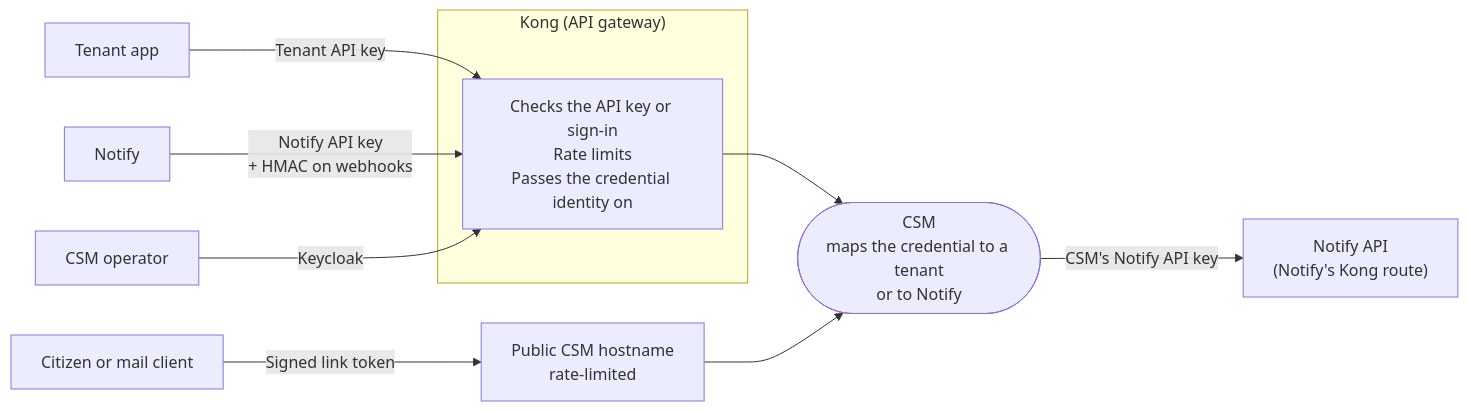
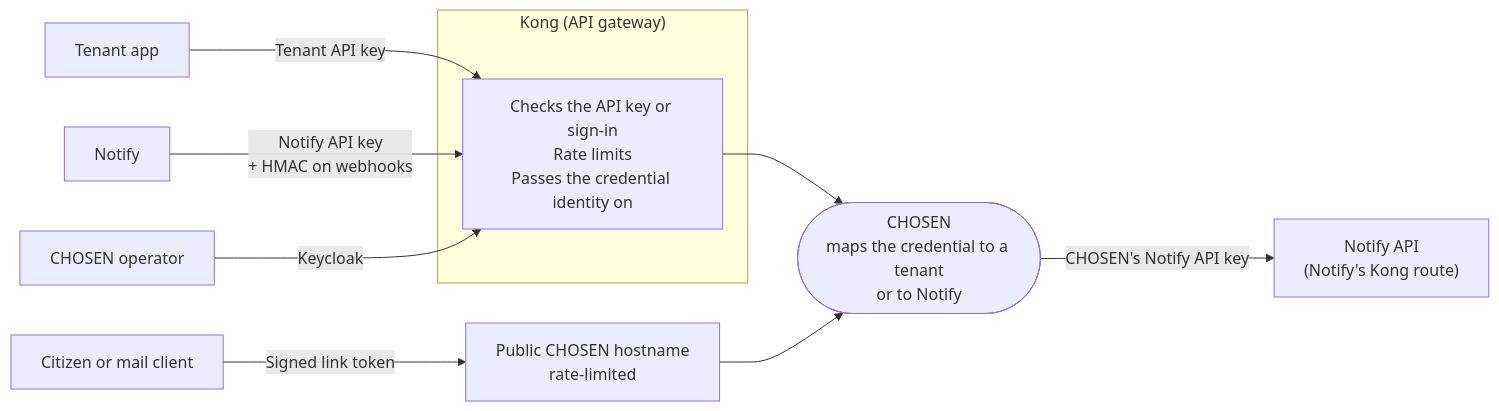
The seventh of 7 diagrams in README.md (bcgov/common-subscription-manager), drawn with Mermaid before and after one commit. The commit also changed other lines of this file and 9 other files, not shown here.

````diff
--- a/README.md
+++ b/README.md
@@ -283,24 +283,24 @@
 ```mermaid
 flowchart LR
     lob["Tenant app"]
     notify["Notify"]
     citizen["Citizen or mail client"]
-    op["CSM operator"]
+    op["CHOSEN operator"]
 
     subgraph Gateway["Kong (API gateway)"]
         kong["Checks the API key or sign-in<br/>Rate limits<br/>Passes the credential identity on"]
     end
 
-    csm(["CSM<br/>maps the credential to a tenant<br/>or to Notify"])
-    pub["Public CSM hostname<br/>rate-limited"]
+    chosen(["CHOSEN<br/>maps the credential to a tenant<br/>or to Notify"])
+    pub["Public CHOSEN hostname<br/>rate-limited"]
     notifyApi["Notify API<br/>(Notify's Kong route)"]
 
     lob -->|"Tenant API key"| kong
     notify -->|"Notify API key<br/>+ HMAC on webhooks"| kong
     op -->|"Keycloak"| kong
-    kong --> csm
+    kong --> chosen
 
-    citizen -->|"Signed link token"| pub --> csm
+    citizen -->|"Signed link token"| pub --> chosen
 
-    csm -->|"CSM's Notify API key"| notifyApi
+    chosen -->|"CHOSEN's Notify API key"| notifyApi
 ```
````
